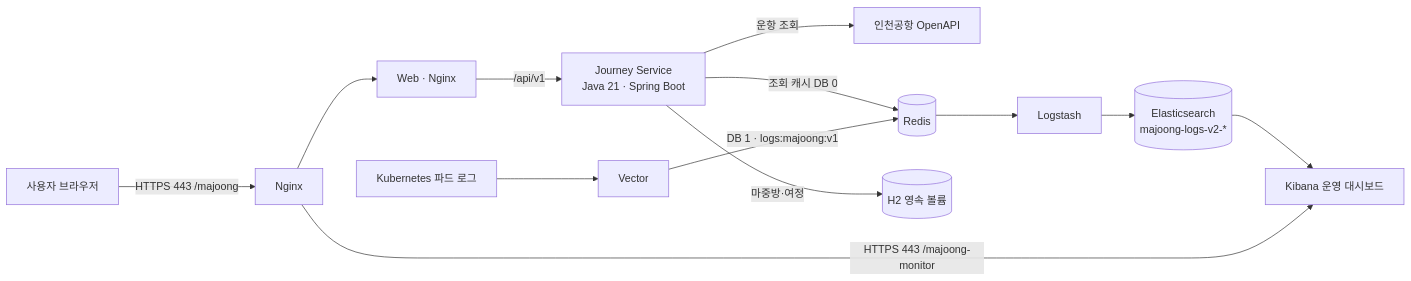
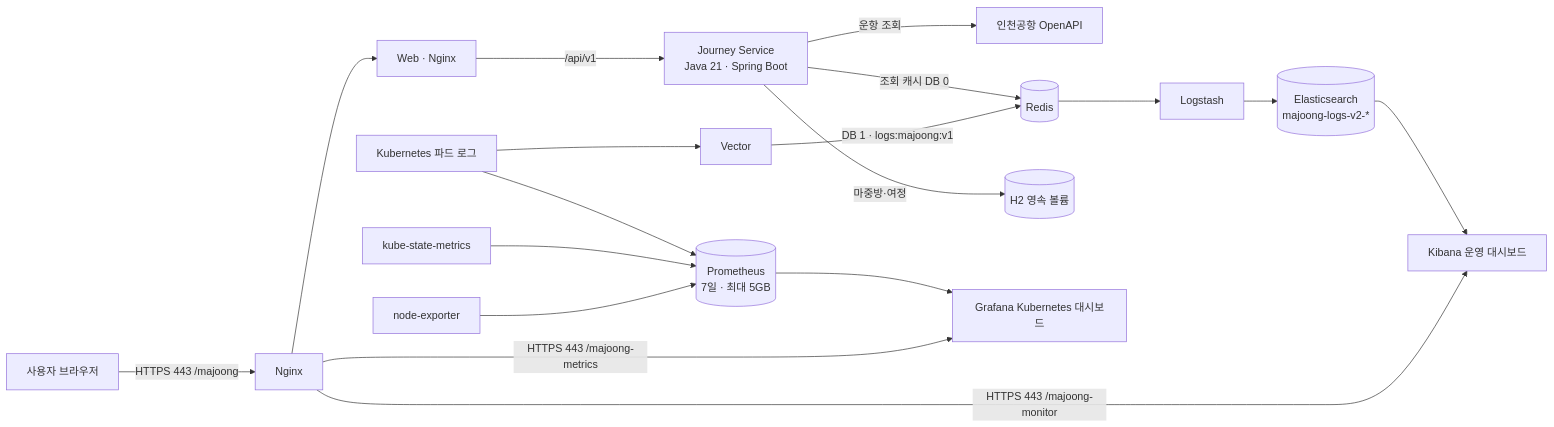
Before and after one commit to maru4737/majoong: the diagram in README.md, drawn with Mermaid. The commit also changed other lines of this file and 5 other files, not shown here.

````diff
--- a/README.md
+++ b/README.md
@@ -37,15 +38,20 @@
 ```mermaid
 flowchart LR
   U[사용자 브라우저] -->|HTTPS 443 /majoong| N[Nginx]
   N --> W[Web · Nginx]
   W -->|/api/v1| J[Journey Service<br/>Java 21 · Spring Boot]
   J -->|운항 조회| O[인천공항 OpenAPI]
   J -->|조회 캐시 DB 0| R[(Redis)]
   J -->|마중방·여정| H[(H2 영속 볼륨)]
   K[Kubernetes 파드 로그] --> V[Vector]
   V -->|DB 1 · logs:majoong:v1| R
   R --> L[Logstash]
   L --> E[(Elasticsearch<br/>majoong-logs-v2-*)]
   E --> KB[Kibana 운영 대시보드]
   N -->|HTTPS 443 /majoong-monitor| KB
+  K --> P[(Prometheus<br/>7일 · 최대 5GB)]
+  KS[kube-state-metrics] --> P
+  NE[node-exporter] --> P
+  P --> G[Grafana Kubernetes 대시보드]
+  N -->|HTTPS 443 /majoong-metrics| G
 ```
````
